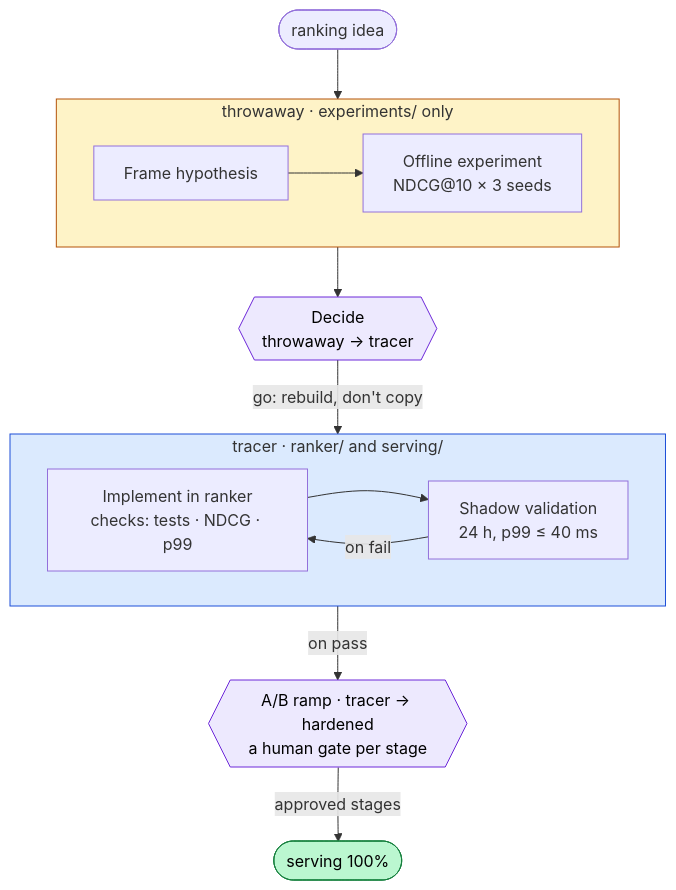
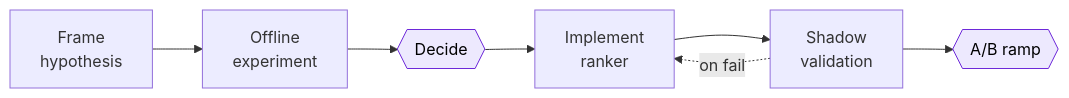
Before and after one commit to zwire/vajra: the diagram in README.md, drawn with Mermaid. The commit also changed other lines of this file and 1 other file, not shown here.

First line of the commit message:
README: replace the tall diagrams and correct what no longer matches the code

````diff
--- a/README.md
+++ b/README.md
@@ -261,23 +203,7 @@
 ```mermaid
-flowchart TB
-  idea(["ranking idea"]) --> frame
-  subgraph explore ["throwaway · experiments/ only"]
-    direction LR
-    frame["Frame hypothesis"] --> exp["Offline experiment<br/>NDCG@10 × 3 seeds"]
-  end
-  exp --> decide{{"Decide<br/>throwaway → tracer"}}
-  decide -->|"go: rebuild, don't copy"| impl
-  subgraph build ["tracer · ranker/ and serving/"]
-    direction LR
-    impl["Implement in ranker<br/>checks: tests · NDCG · p99"] --> shadow["Shadow validation<br/>24 h, p99 ≤ 40 ms"]
-    shadow -->|"on fail"| impl
-  end
-  shadow -->|"on pass"| ramp{{"A/B ramp · tracer → hardened<br/>a human gate per stage"}}
-  ramp -->|"approved stages"| live(["serving 100%"])
+flowchart LR
+  frame["Frame<br/>hypothesis"] --> exp["Offline<br/>experiment"] --> decide{{"Decide"}} --> impl["Implement<br/>ranker"] --> shadow["Shadow<br/>validation"] --> ramp{{"A/B ramp"}}
+  shadow -. "on fail" .-> impl
   classDef gate fill:#ede9fe,stroke:#6d28d9,color:#000
-  classDef hardened fill:#bbf7d0,stroke:#15803d,color:#000
   class decide,ramp gate
-  class live hardened
-  style explore fill:#fef3c7,stroke:#b45309
-  style build fill:#dbeafe,stroke:#1d4ed8
 ```
````
